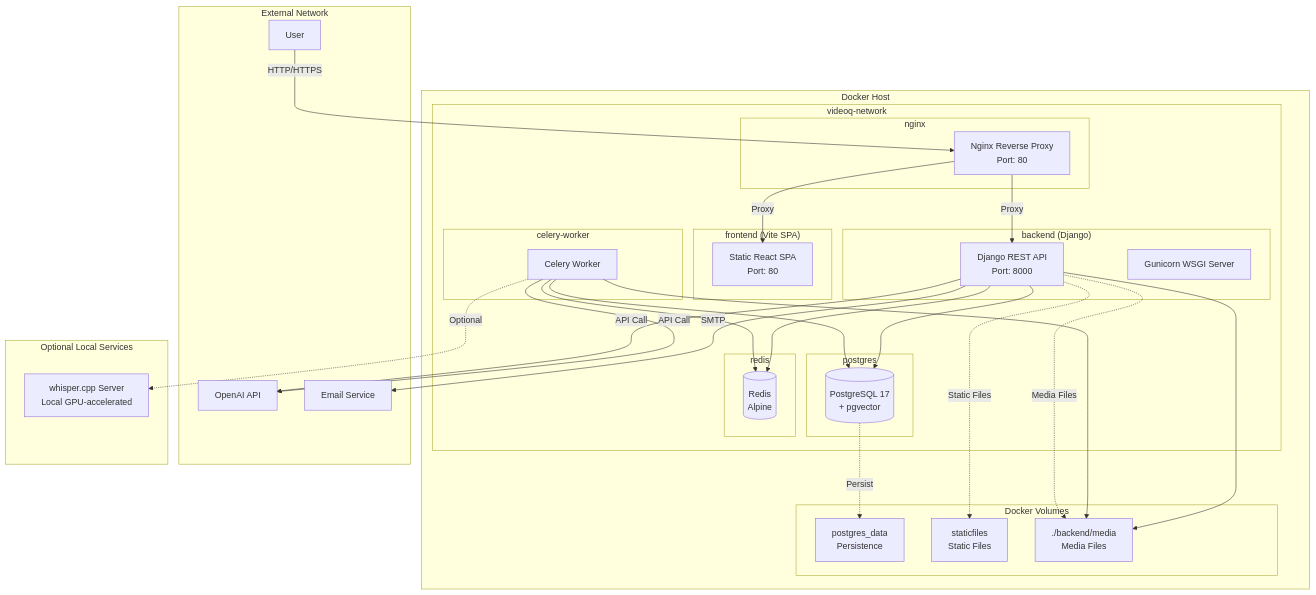
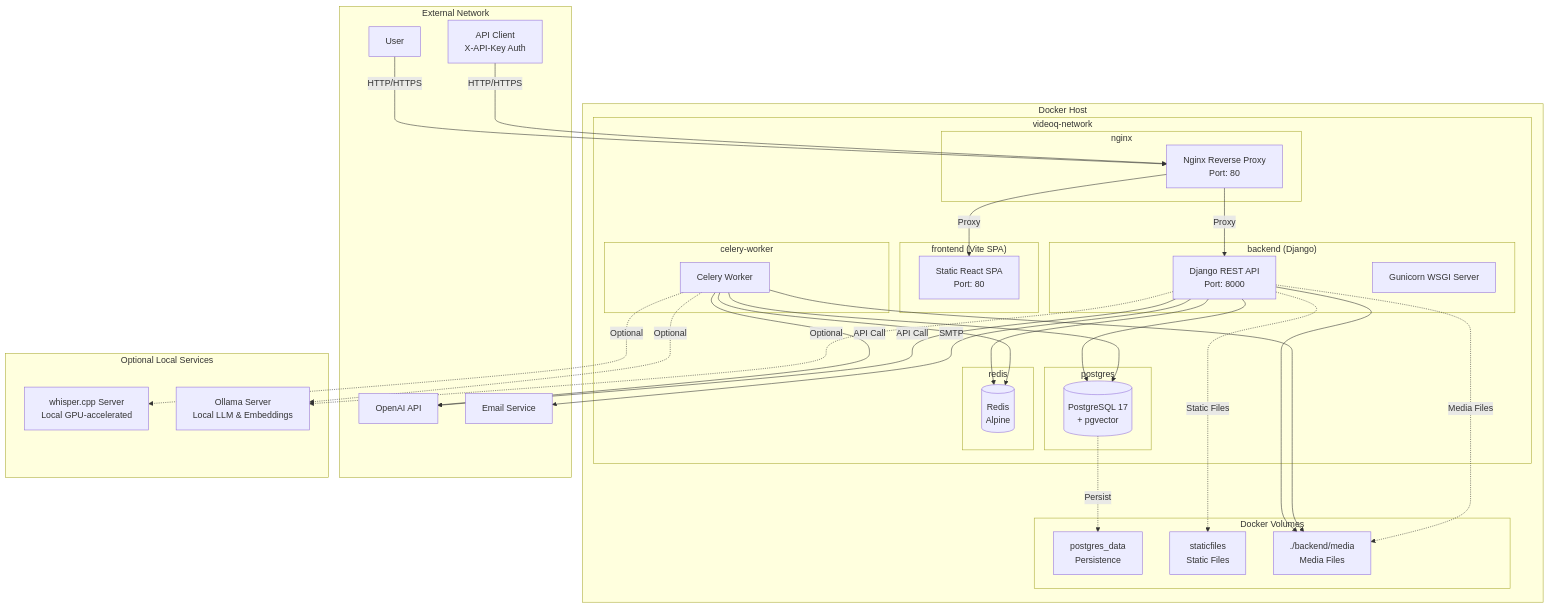
Before and after one commit to yukiharada1228/videoq: the first of 7 diagrams in docs/design/deployment-diagram.md, drawn with Mermaid. The commit also changed 14 other files, not shown here.

First line of the commit message:
docs: sync architecture and design diagrams with latest implementation

````diff
--- a/docs/design/deployment-diagram.md
+++ b/docs/design/deployment-diagram.md
@@ -9,65 +9,70 @@
 ```mermaid
 graph TB
     subgraph DockerHost["Docker Host"]
         subgraph Network["videoq-network"]
             subgraph FrontendContainer["frontend (Vite SPA)"]
                 FrontendSPA[Static React SPA<br/>Port: 80]
             end
             
             subgraph BackendContainer["backend (Django)"]
                 Django[Django REST API<br/>Port: 8000]
                 Gunicorn[Gunicorn WSGI Server]
             end
             
             subgraph CeleryContainer["celery-worker"]
                 CeleryWorker[Celery Worker]
             end
             
             subgraph NginxContainer["nginx"]
                 Nginx[Nginx Reverse Proxy<br/>Port: 80]
             end
             
             subgraph PostgresContainer["postgres"]
                 PostgreSQL[(PostgreSQL 17<br/>+ pgvector)]
             end
             
             subgraph RedisContainer["redis"]
                 Redis[(Redis<br/>Alpine)]
             end
         end
         
         subgraph Volumes["Docker Volumes"]
             PostgresData[postgres_data<br/>Persistence]
             StaticFiles[staticfiles<br/>Static Files]
             MediaFiles[./backend/media<br/>Media Files]
         end
     end
     
     subgraph External["External Network"]
         User[User]
+        ApiClient[API Client<br/>X-API-Key Auth]
         OpenAI[OpenAI API]
         EmailService[Email Service]
     end
 
     subgraph LocalServices["Optional Local Services"]
         WhisperLocal[whisper.cpp Server<br/>Local GPU-accelerated]
+        OllamaLocal[Ollama Server<br/>Local LLM & Embeddings]
     end
 
     User -->|HTTP/HTTPS| Nginx
     Nginx -->|Proxy| FrontendSPA
     Nginx -->|Proxy| Django
     Django --> PostgreSQL
     Django --> Redis
     Django --> MediaFiles
     CeleryWorker --> Redis
     CeleryWorker --> PostgreSQL
     CeleryWorker --> MediaFiles
     CeleryWorker -->|API Call| OpenAI
     CeleryWorker -.->|Optional| WhisperLocal
+    CeleryWorker -.->|Optional| OllamaLocal
     Django -->|API Call| OpenAI
+    Django -.->|Optional| OllamaLocal
     Django -->|SMTP| EmailService
+    ApiClient -->|HTTP/HTTPS| Nginx
     
     PostgreSQL -.->|Persist| PostgresData
     Django -.->|Static Files| StaticFiles
     Django -.->|Media Files| MediaFiles
 ```
````
